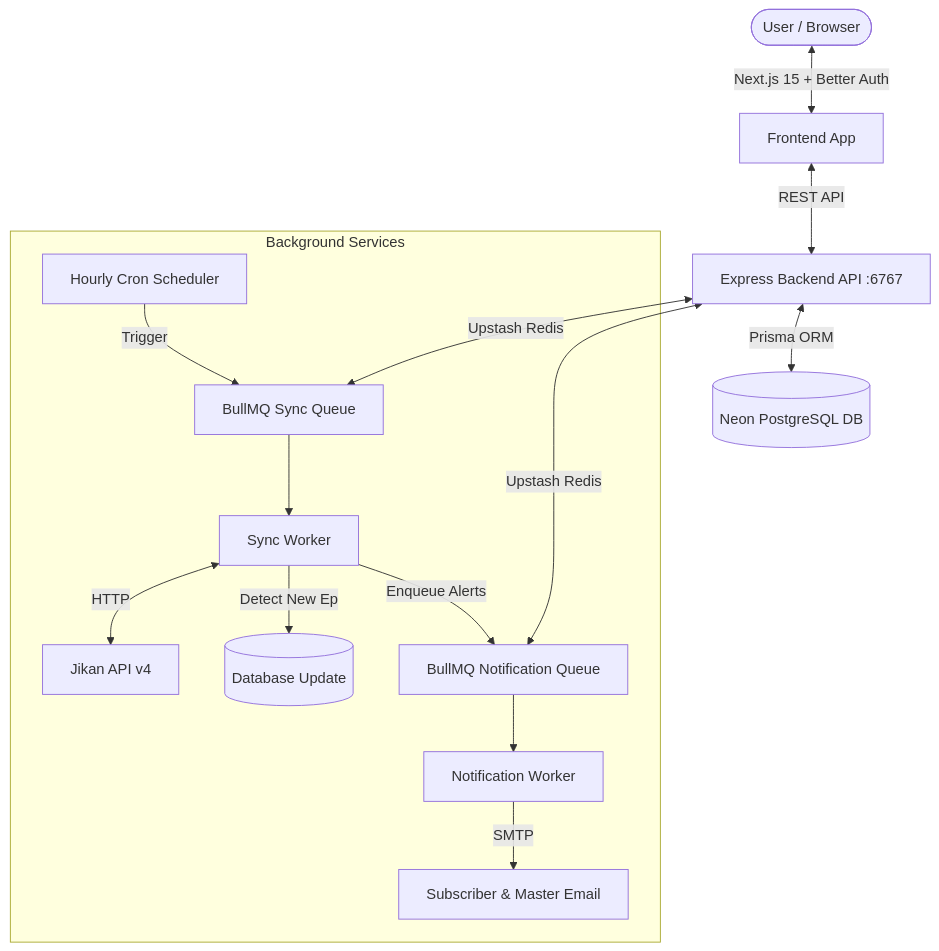
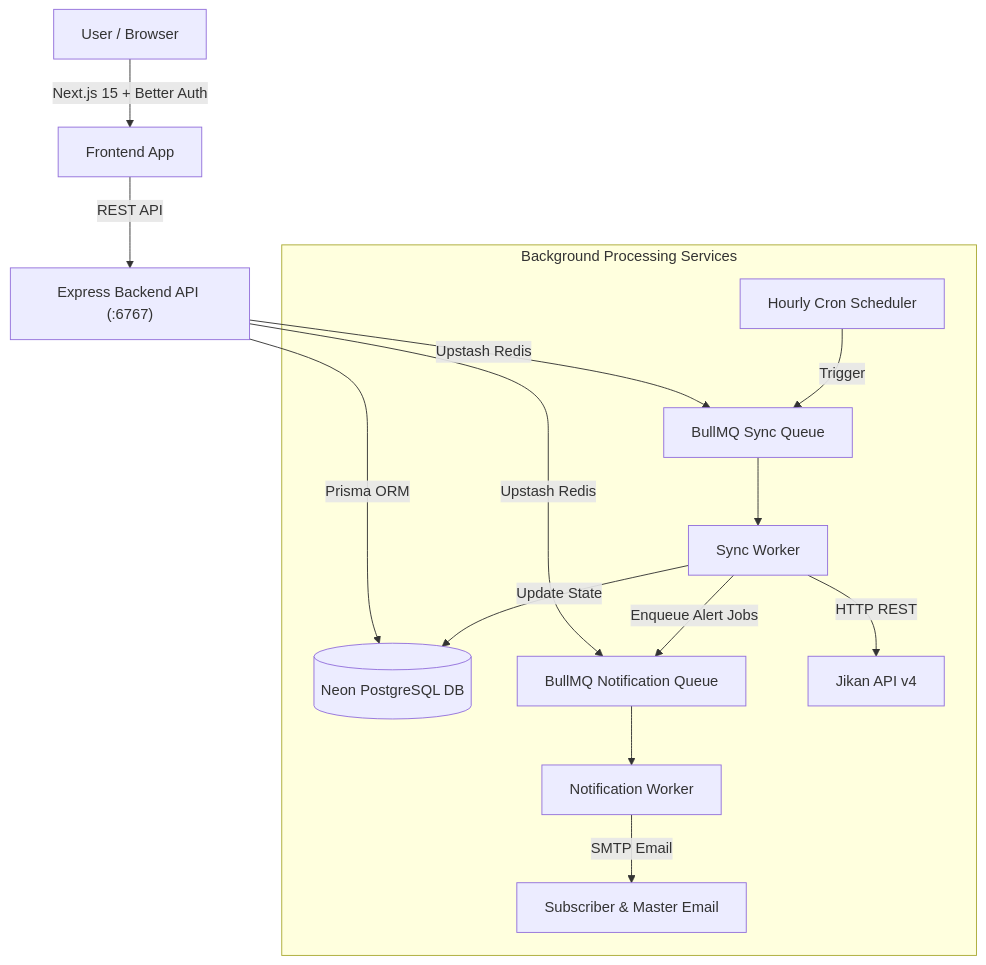
The diagram in README.md (vector15-05/Tsuchi), drawn with Mermaid before and after one commit.

Commit message:
Fixed Mermaid diagram syntax for GitHub markdown rendering

````diff
--- a/README.md
+++ b/README.md
@@ -54,19 +54,18 @@
 ```mermaid
 flowchart TD
-    User([User / Browser]) <-->|Next.js 15 + Better Auth| ClientApp[Frontend App]
-    ClientApp <-->|REST API| Backend[Express Backend API :6767]
-    Backend <-->|Prisma ORM| Postgres[(Neon PostgreSQL DB)]
+    User["User / Browser"] -->|"Next.js 15 + Better Auth"| ClientApp["Frontend App"]
+    ClientApp -->|"REST API"| Backend["Express Backend API (:6767)"]
+    Backend -->|"Prisma ORM"| Postgres[("Neon PostgreSQL DB")]
+    Backend -->|"Upstash Redis"| SyncQueue["BullMQ Sync Queue"]
+    Backend -->|"Upstash Redis"| NotificationQueue["BullMQ Notification Queue"]
     
-    subgraph Background Services
-        Cron[Hourly Cron Scheduler] -->|Trigger| SyncQueue[BullMQ Sync Queue]
-        SyncQueue --> SyncWorker[Sync Worker]
-        SyncWorker <-->|HTTP| JikanAPI[Jikan API v4]
-        SyncWorker -->|Detect New Ep| DBUpdate[(Database Update)]
-        SyncWorker -->|Enqueue Alerts| NotificationQueue[BullMQ Notification Queue]
-        NotificationQueue --> NotificationWorker[Notification Worker]
-        NotificationWorker -->|SMTP| EmailService[Subscriber & Master Email]
+    subgraph BackgroundServices["Background Processing Services"]
+        Cron["Hourly Cron Scheduler"] -->|"Trigger"| SyncQueue
+        SyncQueue --> SyncWorker["Sync Worker"]
+        SyncWorker -->|"HTTP REST"| JikanAPI["Jikan API v4"]
+        SyncWorker -->|"Update State"| Postgres
+        SyncWorker -->|"Enqueue Alert Jobs"| NotificationQueue
+        NotificationQueue --> NotificationWorker["Notification Worker"]
+        NotificationWorker -->|"SMTP Email"| EmailService["Subscriber & Master Email"]
     end
-    
-    Backend <-->|Upstash Redis| SyncQueue
-    Backend <-->|Upstash Redis| NotificationQueue
 ```
````
